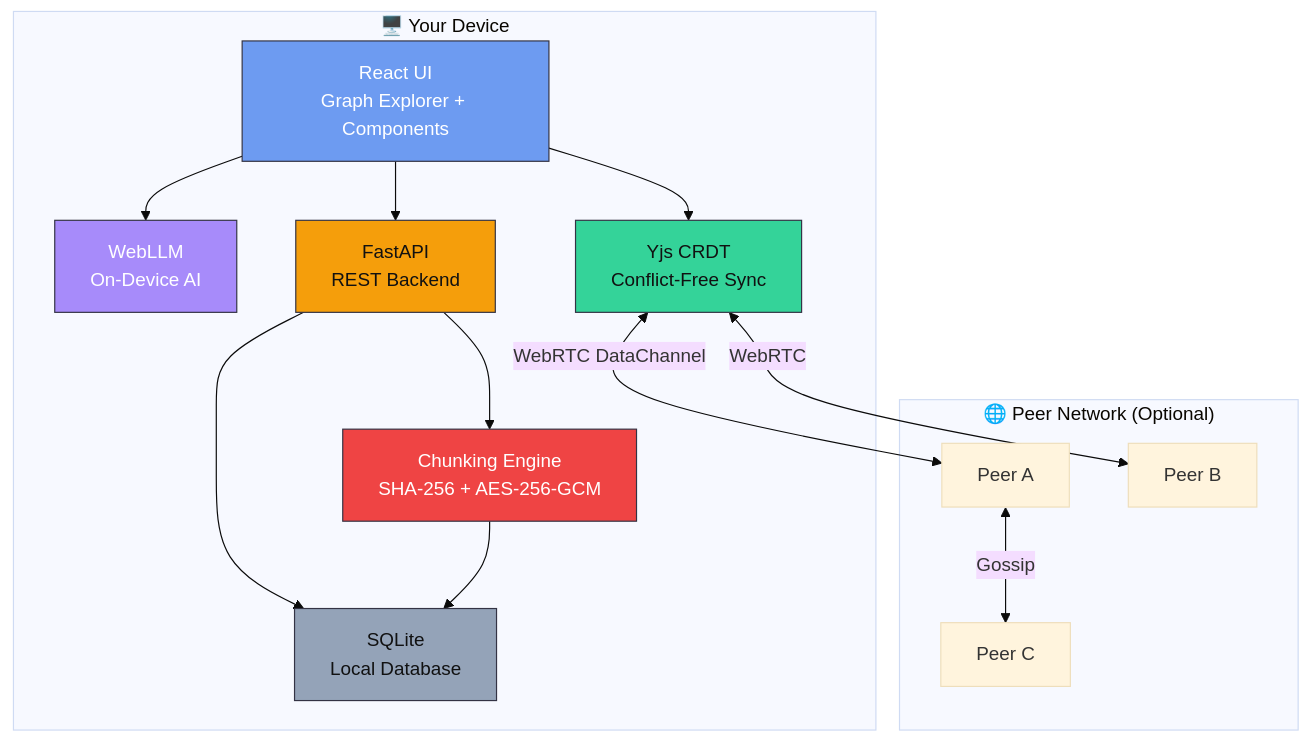
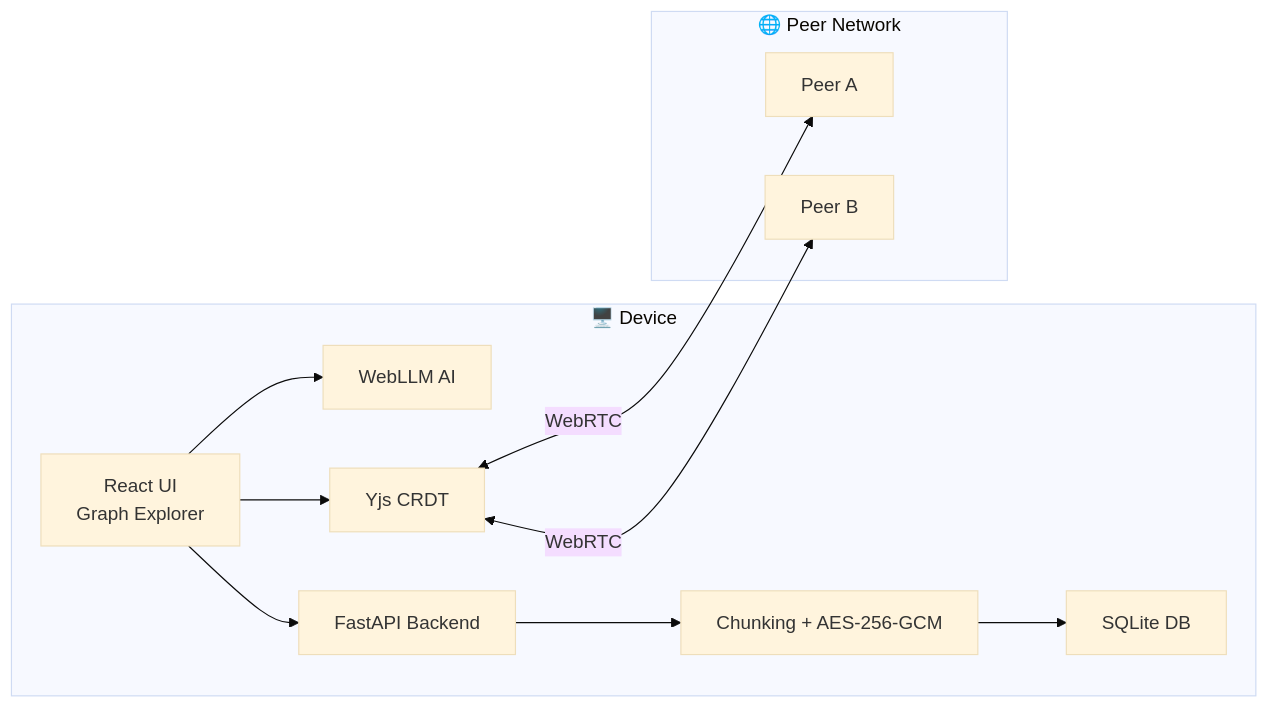
One commit to Zorvia/project-mycelium changed the first of 3 diagrams in README.md. Above: the diagram before and after it, drawn with Mermaid (base theme). The commit also changed other lines of this file, not shown here.

````diff
--- a/README.md
+++ b/README.md
@@ -84,34 +82,23 @@
 ```mermaid
-graph TB
-    subgraph "🖥️ Your Device"
-        UI["React UI<br/>Graph Explorer + Components"]
-        AI["WebLLM<br/>On-Device AI"]
-        CRDT["Yjs CRDT<br/>Conflict-Free Sync"]
-        API["FastAPI<br/>REST Backend"]
-        DB["SQLite<br/>Local Database"]
-        CHUNK["Chunking Engine<br/>SHA-256 + AES-256-GCM"]
+graph LR
+    subgraph "🖥️ Device"
+        UI["React UI<br/>Graph Explorer"]
+        AI["WebLLM AI"]
+        CRDT["Yjs CRDT"]
+        API["FastAPI Backend"]
+        DB["SQLite DB"]
+        CHUNK["Chunking + AES-256-GCM"]
     end
 
-    subgraph "🌐 Peer Network (Optional)"
+    subgraph "🌐 Peer Network"
         P1["Peer A"]
         P2["Peer B"]
-        P3["Peer C"]
     end
 
     UI --> API
     UI --> AI
     UI --> CRDT
-    API --> CHUNK
-    API --> DB
-    CHUNK --> DB
-    CRDT <-->|"WebRTC DataChannel"| P1
-    CRDT <-->|"WebRTC"| P2
-    P1 <-->|"Gossip"| P3
-
-    style UI fill:#6D9BF1,stroke:#334,color:#fff
-    style AI fill:#A78BFA,stroke:#334,color:#fff
-    style CRDT fill:#34D399,stroke:#334,color:#111
-    style API fill:#F59E0B,stroke:#334,color:#111
-    style DB fill:#94A3B8,stroke:#334,color:#111
-    style CHUNK fill:#EF4444,stroke:#334,color:#fff
+    API --> CHUNK --> DB
+    CRDT <-->|WebRTC| P1
+    CRDT <-->|WebRTC| P2
 ```
````
